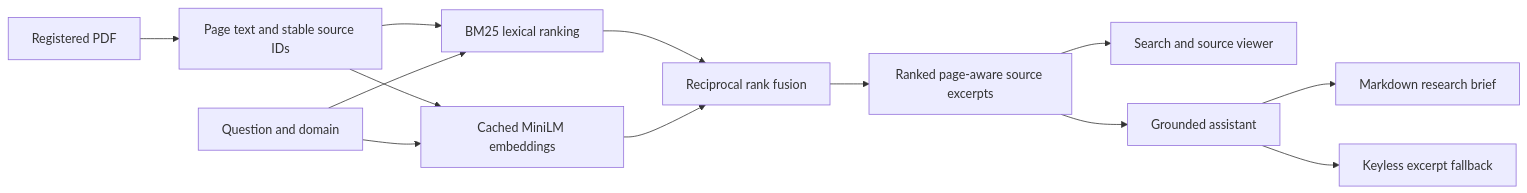
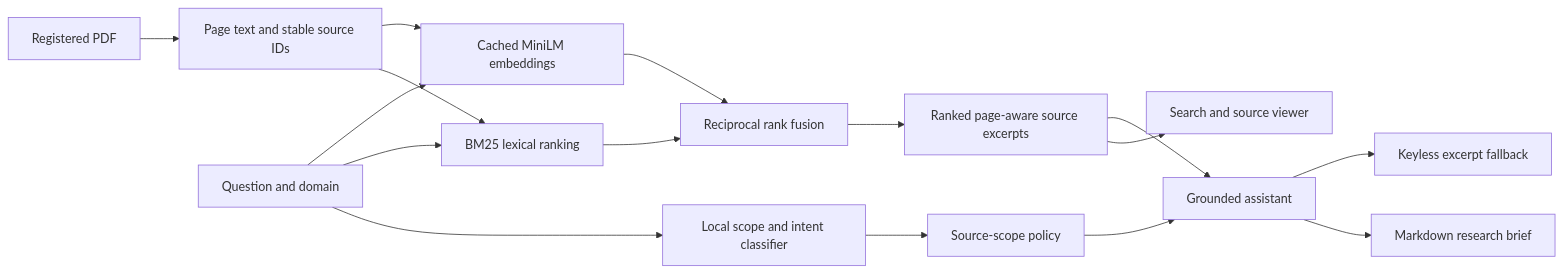
Before and after one commit to YashwantRana23/CSE508_Winter2024_Project: the diagram in ARCHITECTURE.md, drawn with Mermaid. The commit also changed other lines of this file and 25 other files, not shown here.

Commit message:
feat: add local MiniLM question classification with uncertainty

````diff
--- a/ARCHITECTURE.md
+++ b/ARCHITECTURE.md
@@ -7,15 +7,18 @@
 ```mermaid
 flowchart LR
     PDF[Registered PDF] --> Pages[Page text and stable source IDs]
     Pages --> BM25[BM25 lexical ranking]
     Pages --> Dense[Cached MiniLM embeddings]
-    Query[Question and domain] --> BM25
+    Query[Question and domain] --> Classify[Local scope and intent classifier]
+    Classify --> Policy[Source-scope policy]
+    Policy --> Chat
+    Query --> BM25
     Query --> Dense
     BM25 --> RRF[Reciprocal rank fusion]
     Dense --> RRF
     RRF --> Sources[Ranked page-aware source excerpts]
     Sources --> Search[Search and source viewer]
     Sources --> Chat[Grounded assistant]
     Chat --> Brief[Markdown research brief]
     Chat --> Excerpts[Keyless excerpt fallback]
 ```
````
